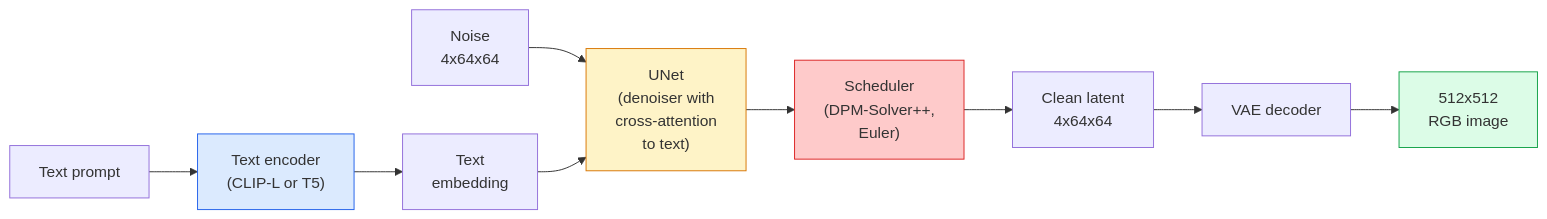
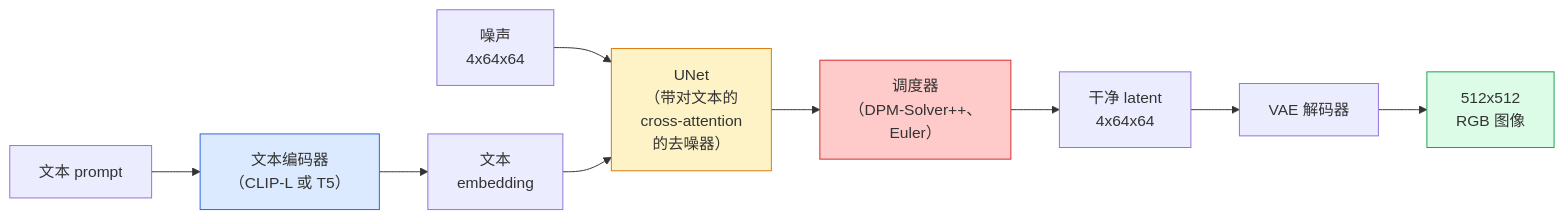
One commit to JerryC8080/ai-engineering-from-scratch-zh changed the diagram in phases/04-computer-vision/11-stable-diffusion/docs/zh.md. Above: the diagram before and after it, drawn with Mermaid. The commit also changed 156 other files, not shown here.

First line of the commit message:
i18n(zh): translate mermaid diagram labels in 157 lesson zh.md

````diff
--- a/phases/04-computer-vision/11-stable-diffusion/docs/zh.md
+++ b/phases/04-computer-vision/11-stable-diffusion/docs/zh.md
@@ -31,18 +31,18 @@
 ```mermaid
 flowchart LR
-    TXT["Text prompt"] --> TE["Text encoder<br/>(CLIP-L or T5)"]
-    TE --> CT["Text<br/>embedding"]
+    TXT["文本 prompt"] --> TE["文本编码器<br/>（CLIP-L 或 T5）"]
+    TE --> CT["文本<br/>embedding"]
 
-    NOISE["Noise<br/>4x64x64"] --> UNET["UNet<br/>(denoiser with<br/>cross-attention<br/>to text)"]
+    NOISE["噪声<br/>4x64x64"] --> UNET["UNet<br/>（带对文本的<br/>cross-attention<br/>的去噪器）"]
     CT --> UNET
 
-    UNET --> SCHED["Scheduler<br/>(DPM-Solver++,<br/>Euler)"]
-    SCHED --> LATENT["Clean latent<br/>4x64x64"]
-    LATENT --> VAE["VAE decoder"]
-    VAE --> IMG["512x512<br/>RGB image"]
+    UNET --> SCHED["调度器<br/>（DPM-Solver++、<br/>Euler）"]
+    SCHED --> LATENT["干净 latent<br/>4x64x64"]
+    LATENT --> VAE["VAE 解码器"]
+    VAE --> IMG["512x512<br/>RGB 图像"]
 
     style TE fill:#dbeafe,stroke:#2563eb
     style UNET fill:#fef3c7,stroke:#d97706
     style SCHED fill:#fecaca,stroke:#dc2626
     style IMG fill:#dcfce7,stroke:#16a34a
 ```
````
